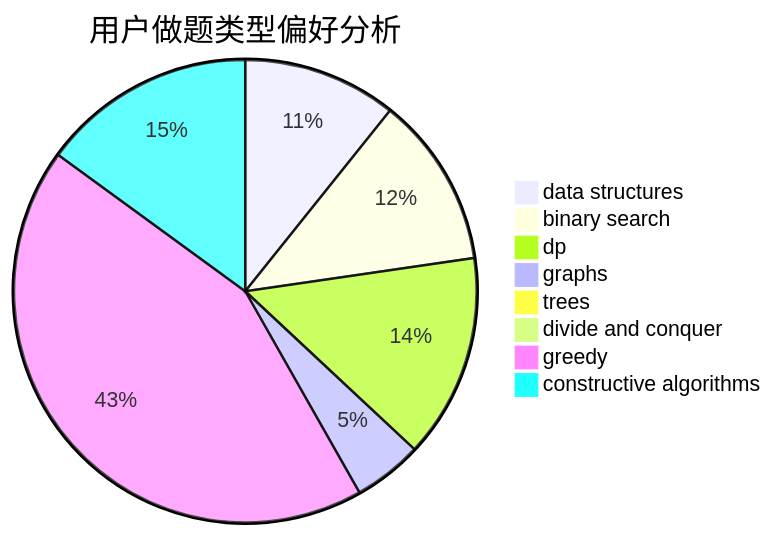
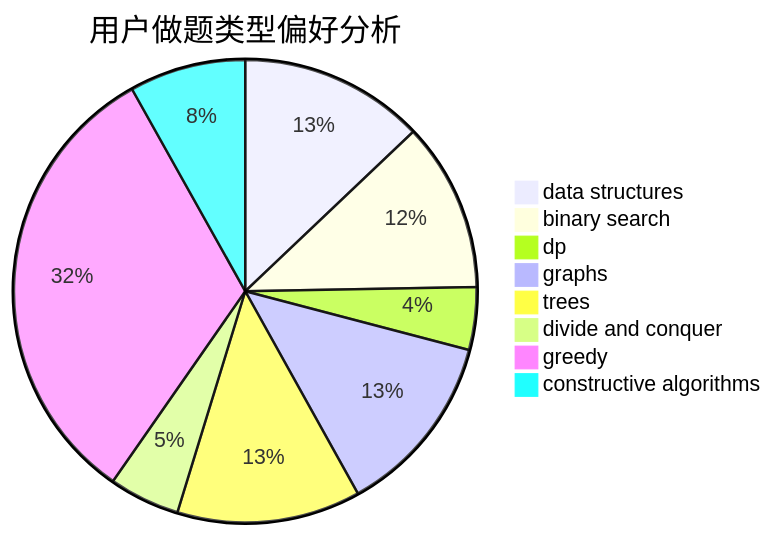
The second of 3 diagrams in docs/user/u461.md (sherpahu/cfrs.github.io), drawn with Mermaid before and after one commit. The commit also changed other lines of this file and 2770 other files, not shown here.

````diff
--- a/docs/user/u461.md
+++ b/docs/user/u461.md
@@ -23,11 +23,11 @@
 ```mermaid
 pie title 用户做题类型偏好分析
-    "data structures" :  89
-    "binary search" :  99
-    "dp" :  118
-    "graphs" :  40
-    "trees" :  3
-    "divide and conquer" :  1
-    "greedy" :  358
-    "constructive algorithms" :  124
+    "data structures" :  162
+    "binary search" :  148
+    "dp" :  55
+    "graphs" :  161
+    "trees" :  161
+    "divide and conquer" :  62
+    "greedy" :  404
+    "constructive algorithms" :  102
 ```
````
